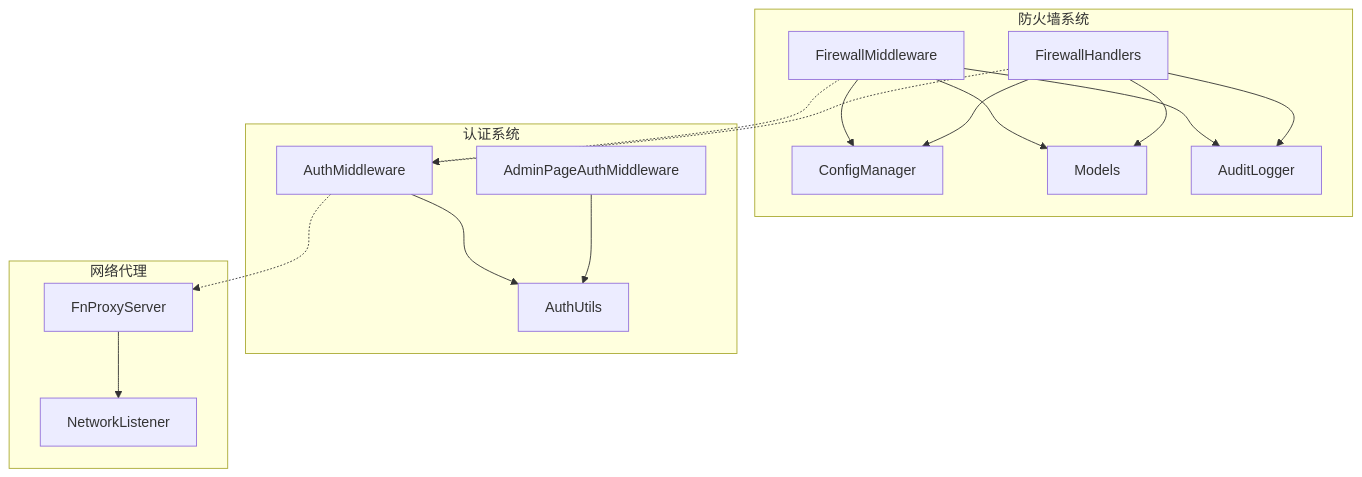
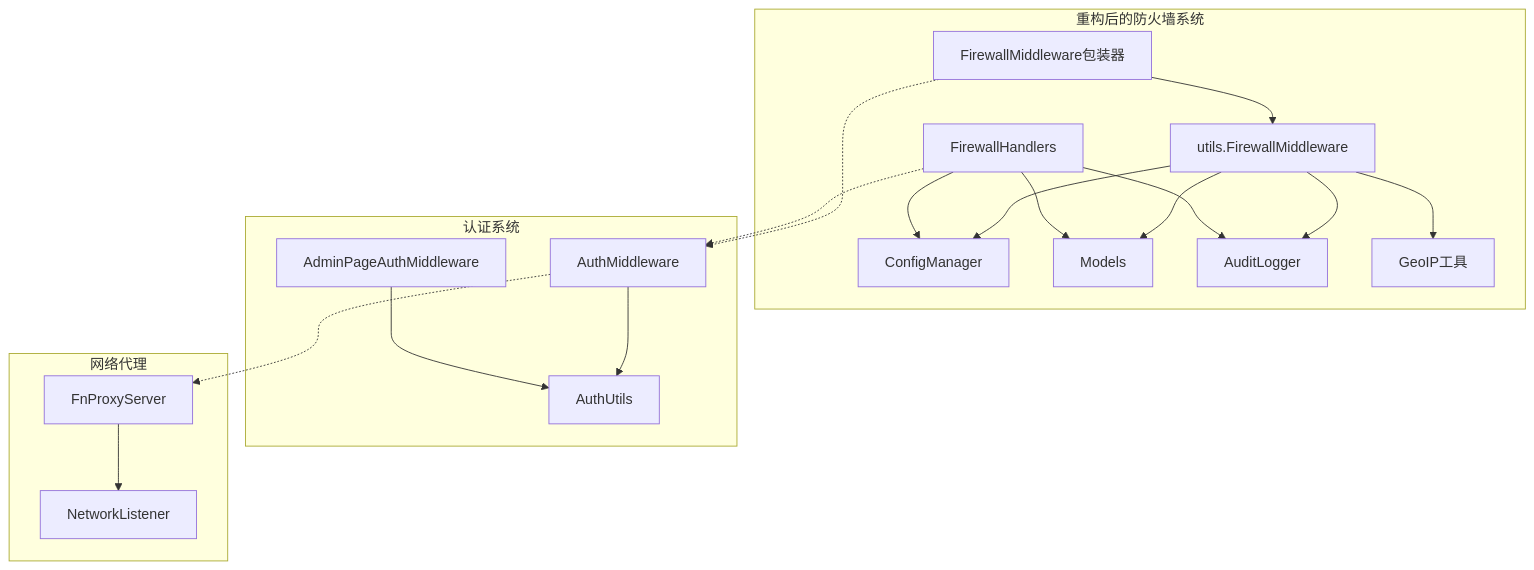
Diagram 11 of 11 in .qoder/repowiki/zh/content/核心模块/防火墙系统.md (yanfanvip/caddy-manager), drawn with Mermaid before and after one commit. The commit also changed other lines of this file and 7 other files, not shown here.

````diff
--- a/.qoder/repowiki/zh/content/核心模块/防火墙系统.md
+++ b/.qoder/repowiki/zh/content/核心模块/防火墙系统.md
@@ -314,21 +402,23 @@
 ```mermaid
 graph TB
-subgraph "防火墙系统"
-A[FirewallMiddleware] --> B[ConfigManager]
-C[FirewallHandlers] --> B
-A --> D[Models]
-C --> D
-A --> E[AuditLogger]
-C --> E
+subgraph "重构后的防火墙系统"
+A[FirewallMiddleware包装器] --> B[utils.FirewallMiddleware]
+B --> C[ConfigManager]
+D[FirewallHandlers] --> C
+B --> E[Models]
+D --> E
+B --> F[AuditLogger]
+D --> F
+B --> G[GeoIP工具]
 end
 subgraph "认证系统"
-F[AuthMiddleware] --> G[AuthUtils]
-H[AdminPageAuthMiddleware] --> G
+H[AuthMiddleware] --> I[AuthUtils]
+J[AdminPageAuthMiddleware] --> I
 end
 subgraph "网络代理"
-I[FnProxyServer] --> J[NetworkListener]
+K[FnProxyServer] --> L[NetworkListener]
 end
-A -.-> F
-C -.-> F
-F -.-> I
+A -.-> H
+D -.-> H
+H -.-> K
 ```
````
